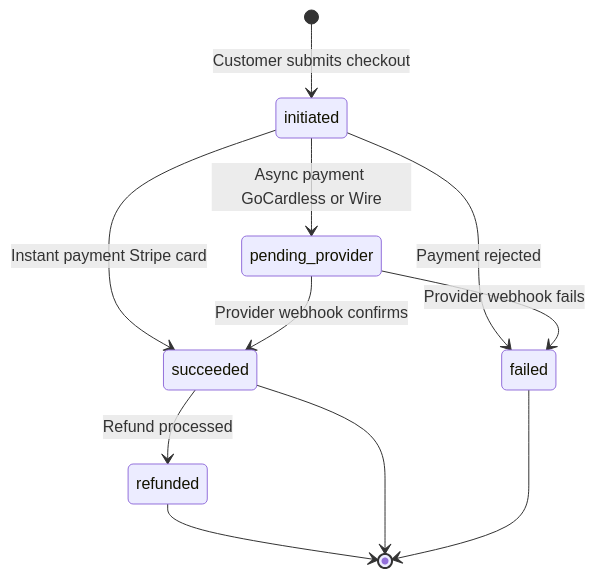
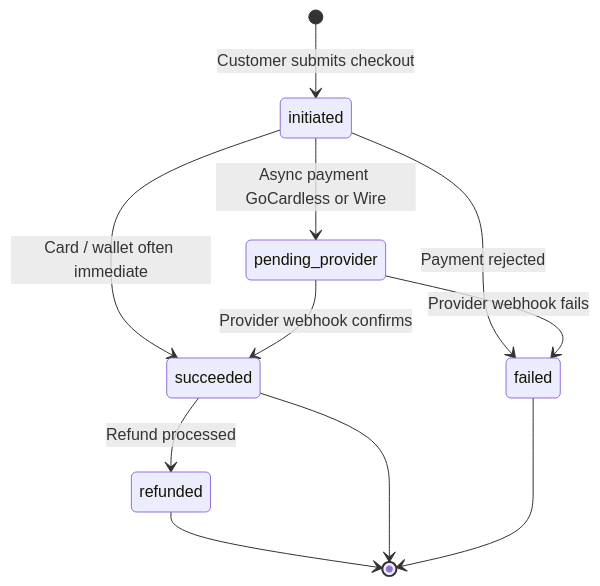
The sixth of 7 diagrams in content/docs/architecture/diagrams.mdx (Root-Sector-Ltd-and-Co-KG/payment-gateway-docs), drawn with Mermaid before and after one commit. The commit also changed other lines of this file and 26 other files, not shown here.

````diff
--- a/content/docs/architecture/diagrams.mdx
+++ b/content/docs/architecture/diagrams.mdx
@@ -173,13 +189,13 @@
 ```mermaid
 stateDiagram-v2
     [*] --> initiated : Customer submits checkout
     initiated --> pending_provider : Async payment GoCardless or Wire
-    initiated --> succeeded : Instant payment Stripe card
+    initiated --> succeeded : Card / wallet often immediate
     initiated --> failed : Payment rejected
     pending_provider --> succeeded : Provider webhook confirms
     pending_provider --> failed : Provider webhook fails
     succeeded --> refunded : Refund processed
     refunded --> [*]
     succeeded --> [*]
     failed --> [*]
 ```
````
